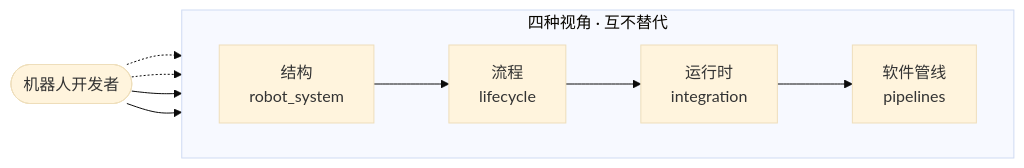
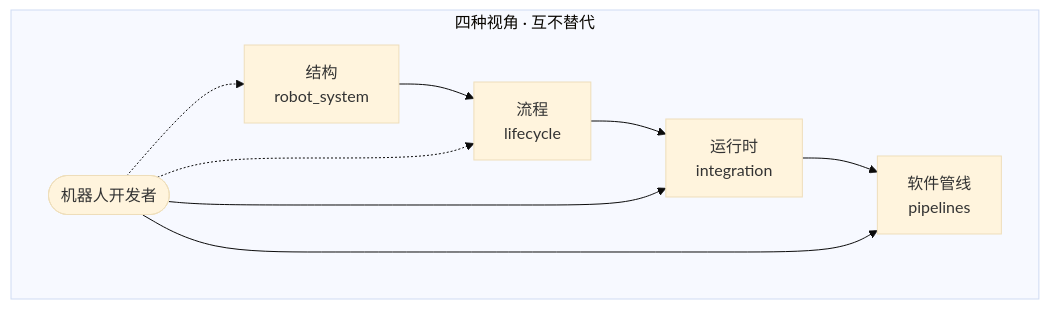
The diagram in README.md (651yyds3939/robotics-notes), drawn with Mermaid (base theme) before and after one commit. The commit also changed 1 other file, not shown here.

````diff
--- a/README.md
+++ b/README.md
@@ -5,20 +5,16 @@
 ```mermaid
 flowchart LR
-    USER(["机器人开发者"])
-    A["结构<br/>robot_system"]
-    B["流程<br/>lifecycle"]
-    C["运行时<br/>integration"]
-    D["软件管线<br/>pipelines"]
     subgraph VIEWS["四种视角 · 互不替代"]
         direction LR
-        A
-        B
-        C
-        D
+        USER(["机器人开发者"])
+        A["结构<br/>robot_system"]
+        B["流程<br/>lifecycle"]
+        C["运行时<br/>integration"]
+        D["软件管线<br/>pipelines"]
+        A --> B --> C --> D
+        USER -.-> A
+        USER -.-> B
+        USER --> C
+        USER --> D
     end
-    A --> B --> C --> D
-    USER -.-> A
-    USER -.-> B
-    USER --> C
-    USER --> D
 ```
````
